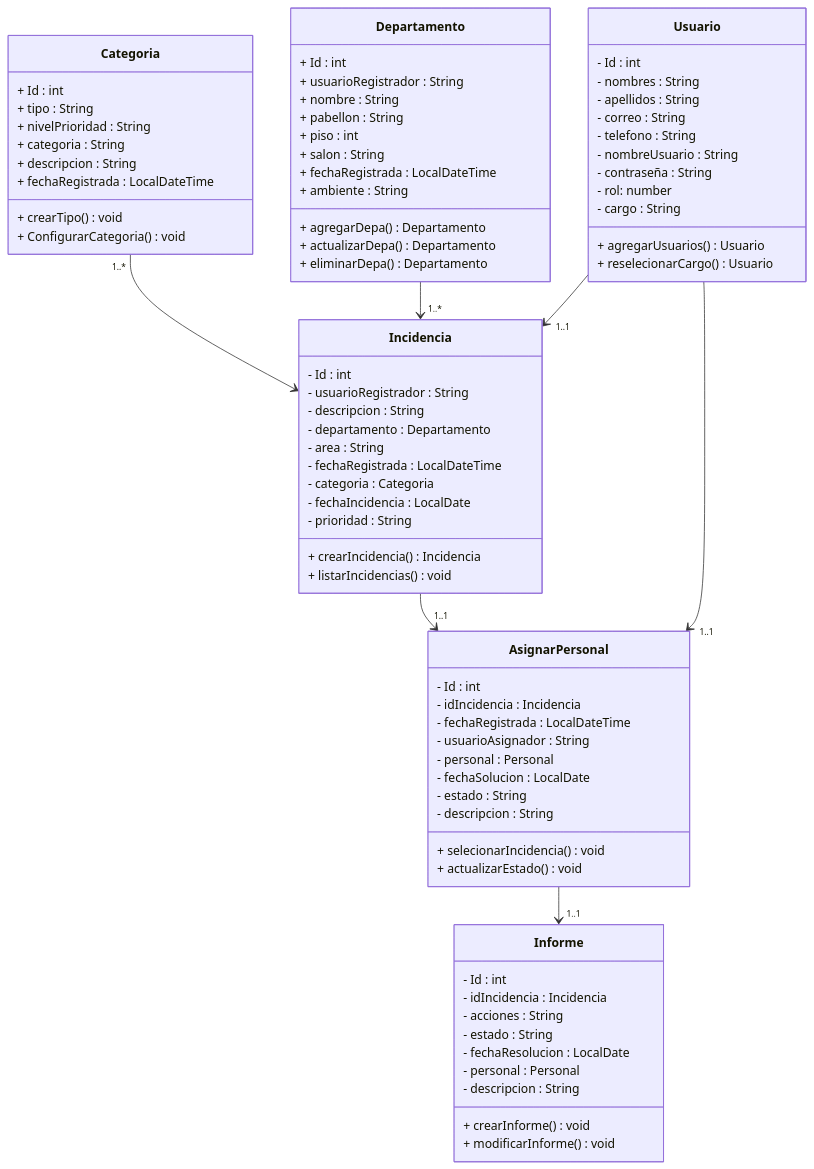
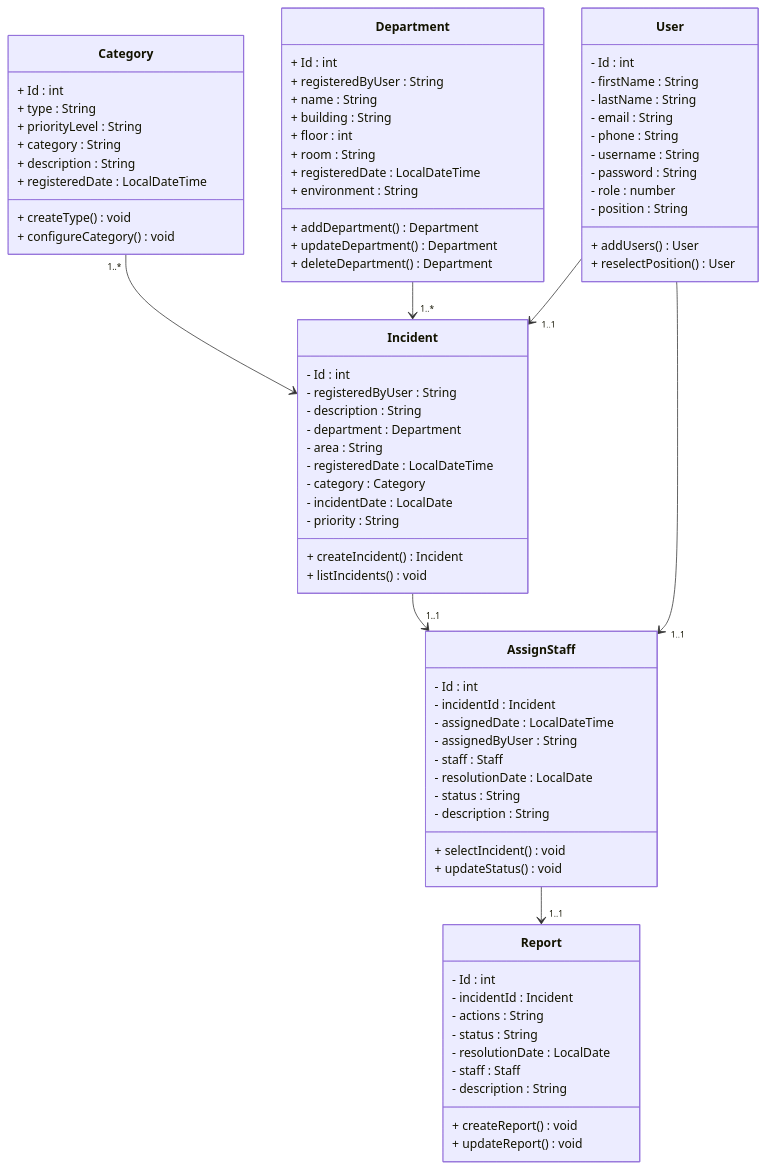
Before and after one commit to Renzito0637d/Proyect_Integrator_1: the diagram in README.md, drawn with Mermaid. The commit also changed other lines of this file and 1 other file, not shown here.

````diff
--- a/README.md
+++ b/README.md
@@ -142,88 +139,88 @@
 ```mermaid
 classDiagram
-    class Incidencia {
+    class Incident {
         - Id : int
-        - usuarioRegistrador : String
-        - descripcion : String
-        - departamento : Departamento
+        - registeredByUser : String
+        - description : String
+        - department : Department
         - area : String
-        - fechaRegistrada : LocalDateTime
-        - categoria : Categoria
-        - fechaIncidencia : LocalDate
-        - prioridad : String
-        + crearIncidencia() Incidencia
-        + listarIncidencias() void
+        - registeredDate : LocalDateTime
+        - category : Category
+        - incidentDate : LocalDate
+        - priority : String
+        + createIncident() Incident
+        + listIncidents() void
     }
 
-    class Usuario{
+    class User {
         - Id : int
-        - nombres : String
-        - apellidos : String
-        - correo : String
-        - telefono : String
-        - nombreUsuario : String
-        - contraseña : String
-        - rol: number
-        - cargo : String
-        + agregarUsuarios () Usuario
-        + reselecionarCargo() Usuario
+        - firstName : String
+        - lastName : String
+        - email : String
+        - phone : String
+        - username : String
+        - password : String
+        - role : number
+        - position : String
+        + addUsers() User
+        + reselectPosition() User
     }
 
-    class Departamento{
+    class Department {
         + Id : int
-        + usuarioRegistrador : String
-        + nombre : String
-        + pabellon : String
-        + piso : int
-        + salon : String
-        + fechaRegistrada : LocalDateTime
-        + ambiente : String
-        + agregarDepa() Departamento
-        + actualizarDepa() Departamento
-        + eliminarDepa() Departamento
+        + registeredByUser : String
+        + name : String
+        + building : String
+        + floor : int
+        + room : String
+        + registeredDate : LocalDateTime
+        + environment : String
+        + addDepartment() Department
+        + updateDepartment() Department
+        + deleteDepartment() Department
     }
 
-    class Categoria {
+    class Category {
         + Id : int
-        + tipo : String
-        + nivelPrioridad : String
-        + categoria : String
-        + descripcion : String
-        + fechaRegistrada : LocalDateTime
-        + crearTipo() void
-        + ConfigurarCategoria() void
+        + type : String
+        + priorityLevel : String
+        + category : String
+        + description : String
+        + registeredDate : LocalDateTime
+        + createType() void
+        + configureCategory() void
     }
 
-    class AsignarPersonal {
+    class AssignStaff {
         - Id : int
-        - idIncidencia : Incidencia
-        - fechaRegistrada : LocalDateTime
-        - usuarioAsignador : String
-        - personal : Personal
-        - fechaSolucion : LocalDate
-        - estado : String
-        - descripcion : String
-        + selecionarIncidencia() void
-        + actualizarEstado() void
+        - incidentId : Incident
+        - assignedDate : LocalDateTime
+        - assignedByUser : String
+        - staff : Staff
+        - resolutionDate : LocalDate
+        - status : String
+        - description : String
+        + selectIncident() void
+        + updateStatus() void
     }
 
-    class Informe{
+    class Report {
         - Id : int
-        - idIncidencia : Incidencia
-        - acciones : String
-        - estado : String
-        - fechaResolucion : LocalDate
-        - personal : Personal
-        - descripcion : String
-        + crearInforme() void
-        + modificarInforme() void
+        - incidentId : Incident
+        - actions : String
+        - status : String
+        - resolutionDate : LocalDate
+        - staff : Staff
+        - description : String
+        + createReport() void
+        + updateReport() void
     }
 
-    Categoria "1..*" -->  Incidencia
-    Departamento --> "1..*" Incidencia
-    Usuario --> "1..1" Incidencia
-    Incidencia --> "1..1" AsignarPersonal
-    AsignarPersonal --> "1..1" Informe
-    Usuario --> "1..1" AsignarPersonal
+    Category "1..*" --> Incident
+    Department --> "1..*" Incident
+    User --> "1..1" Incident
+    Incident --> "1..1" AssignStaff
+    AssignStaff --> "1..1" Report
+    User --> "1..1" AssignStaff
 
 ```
````
